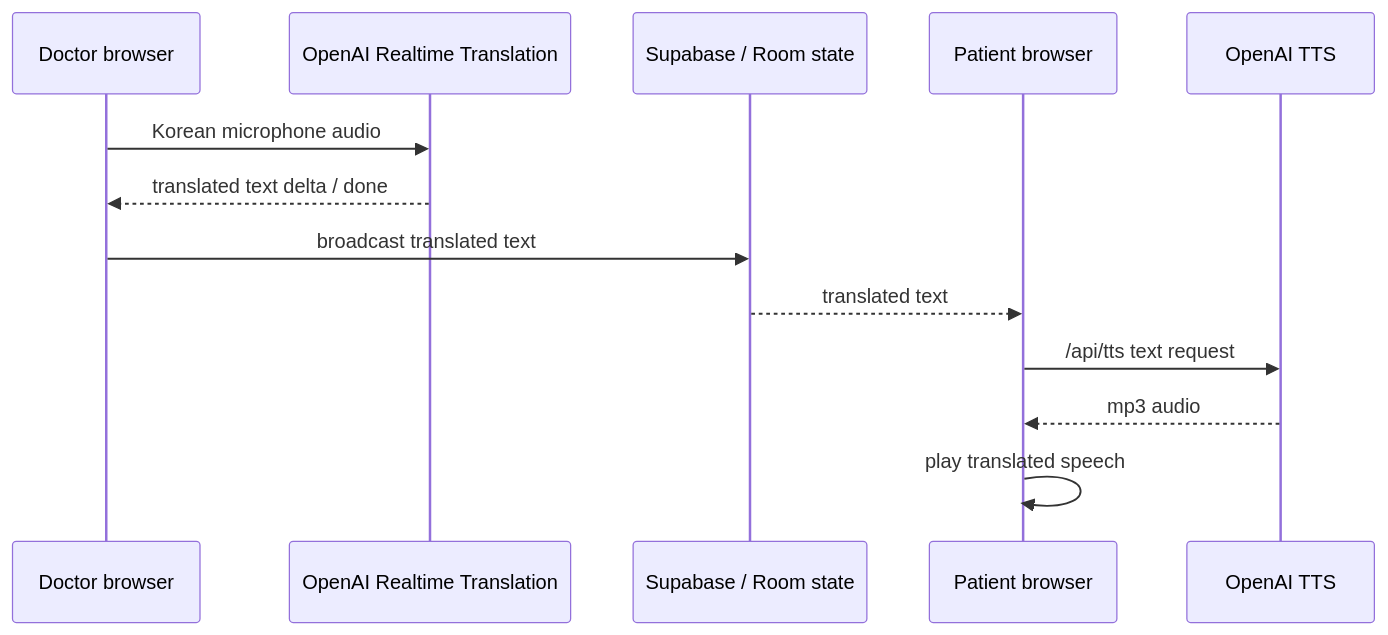
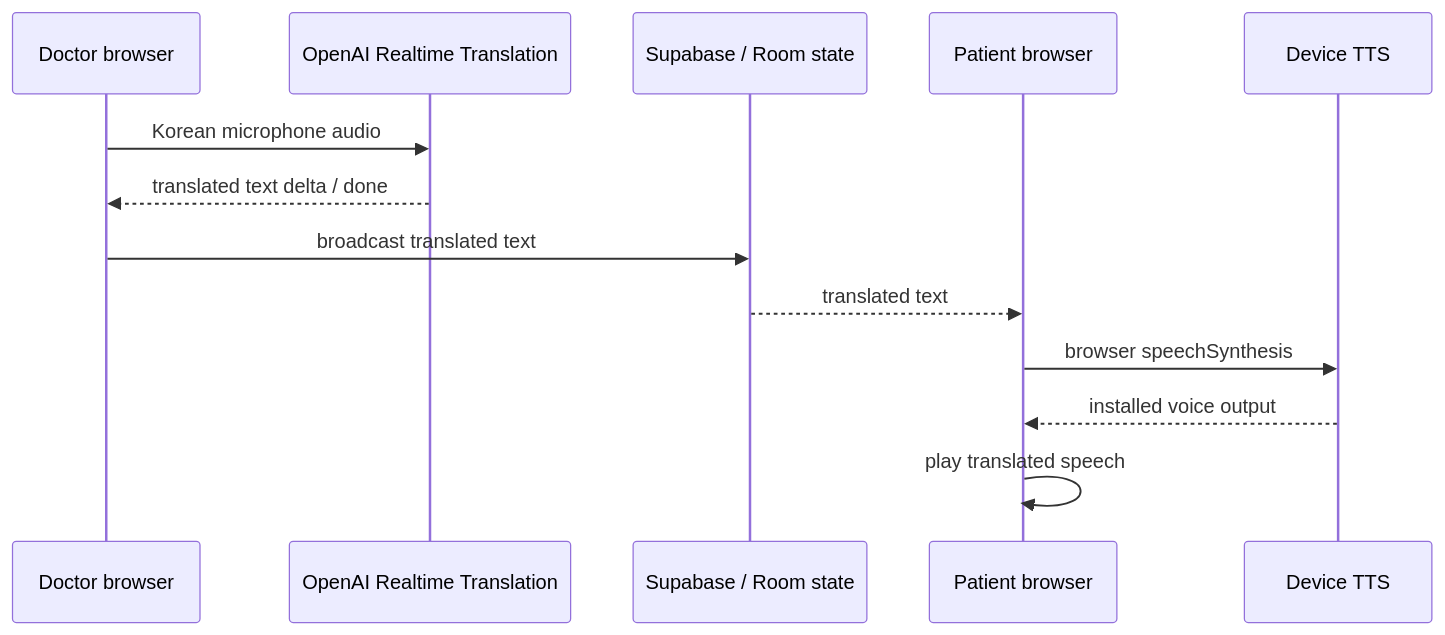
Before and after one commit to urbanplanad-source/clinic-voice-room: the first of 5 diagrams in docs/ANDROID_TRANSITION_ARCHITECTURE.md, drawn with Mermaid. The commit also changed other lines of this file and 4 other files, not shown here.

````diff
--- a/docs/ANDROID_TRANSITION_ARCHITECTURE.md
+++ b/docs/ANDROID_TRANSITION_ARCHITECTURE.md
@@ -32,16 +32,16 @@
 ```mermaid
 sequenceDiagram
     participant D as Doctor browser
     participant O as OpenAI Realtime Translation
     participant S as Supabase / Room state
     participant P as Patient browser
-    participant T as OpenAI TTS
+    participant T as Device TTS
 
     D->>O: Korean microphone audio
     O-->>D: translated text delta / done
     D->>S: broadcast translated text
     S-->>P: translated text
-    P->>T: /api/tts text request
-    T-->>P: mp3 audio
+    P->>T: browser speechSynthesis
+    T-->>P: installed voice output
     P->>P: play translated speech
 ```
````
